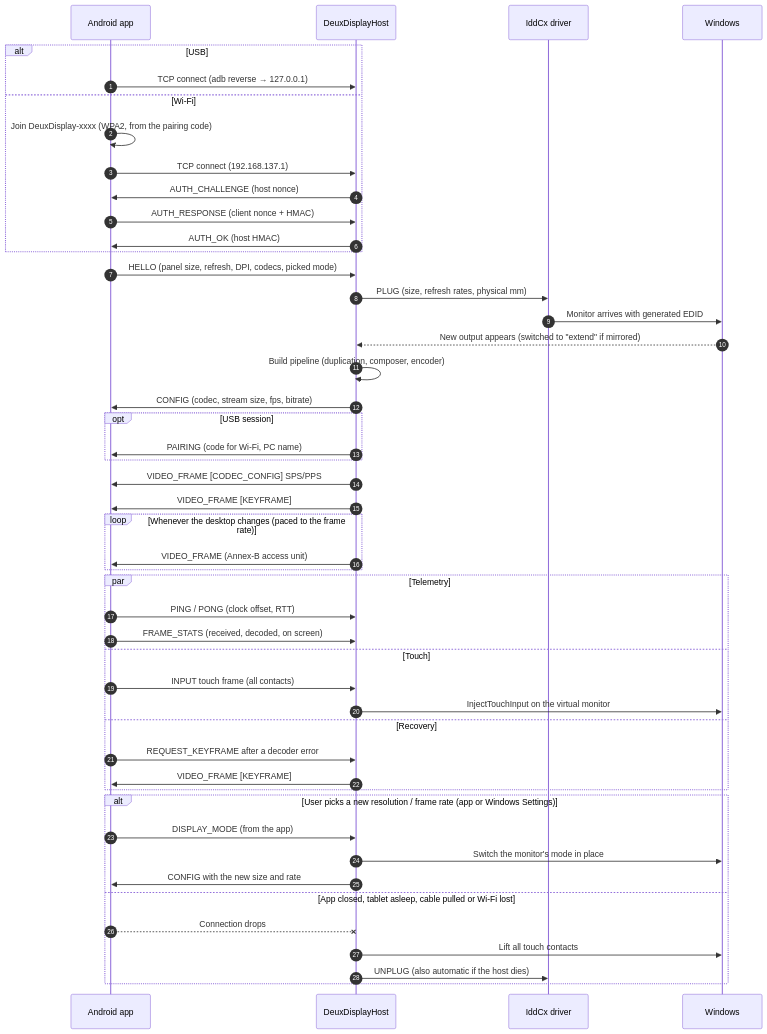
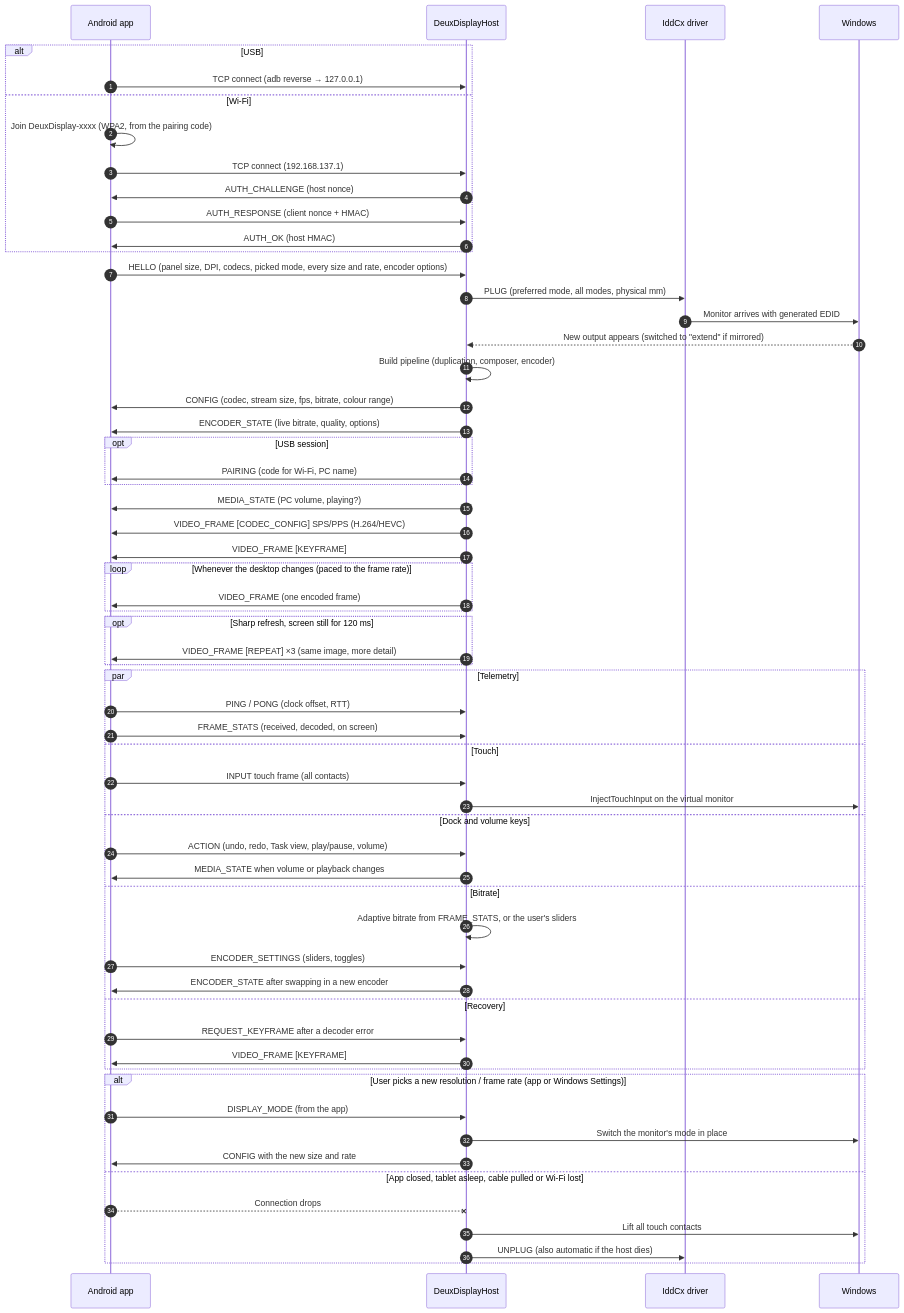
The second of 5 diagrams in README.md (zengarv/DeuxDisplay), drawn with Mermaid before and after one commit. The commit also changed other lines of this file and 3 other files, not shown here.

````diff
--- a/README.md
+++ b/README.md
@@ -81,54 +108,66 @@
 ```mermaid
 sequenceDiagram
     autonumber
     participant T as Android app
     participant H as DeuxDisplayHost
     participant D as IddCx driver
     participant W as Windows
 
     alt USB
         T->>H: TCP connect (adb reverse → 127.0.0.1)
     else Wi-Fi
         T->>T: Join DeuxDisplay-xxxx (WPA2, from the pairing code)
         T->>H: TCP connect (192.168.137.1)
         H->>T: AUTH_CHALLENGE (host nonce)
         T->>H: AUTH_RESPONSE (client nonce + HMAC)
         H->>T: AUTH_OK (host HMAC)
     end
-    T->>H: HELLO (panel size, refresh, DPI, codecs, picked mode)
-    H->>D: PLUG (size, refresh rates, physical mm)
+    T->>H: HELLO (panel size, DPI, codecs, picked mode, every size and rate, encoder options)
+    H->>D: PLUG (preferred mode, all modes, physical mm)
     D->>W: Monitor arrives with generated EDID
     W-->>H: New output appears (switched to "extend" if mirrored)
     H->>H: Build pipeline (duplication, composer, encoder)
-    H->>T: CONFIG (codec, stream size, fps, bitrate)
+    H->>T: CONFIG (codec, stream size, fps, bitrate, colour range)
+    H->>T: ENCODER_STATE (live bitrate, quality, options)
     opt USB session
         H->>T: PAIRING (code for Wi-Fi, PC name)
     end
-    H->>T: VIDEO_FRAME [CODEC_CONFIG] SPS/PPS
+    H->>T: MEDIA_STATE (PC volume, playing?)
+    H->>T: VIDEO_FRAME [CODEC_CONFIG] SPS/PPS (H.264/HEVC)
     H->>T: VIDEO_FRAME [KEYFRAME]
 
     loop Whenever the desktop changes (paced to the frame rate)
-        H->>T: VIDEO_FRAME (Annex-B access unit)
+        H->>T: VIDEO_FRAME (one encoded frame)
+    end
+    opt Sharp refresh, screen still for 120 ms
+        H->>T: VIDEO_FRAME [REPEAT] ×3 (same image, more detail)
     end
 
     par Telemetry
         T->>H: PING / PONG (clock offset, RTT)
         T->>H: FRAME_STATS (received, decoded, on screen)
     and Touch
         T->>H: INPUT touch frame (all contacts)
         H->>W: InjectTouchInput on the virtual monitor
+    and Dock and volume keys
+        T->>H: ACTION (undo, redo, Task view, play/pause, volume)
+        H->>T: MEDIA_STATE when volume or playback changes
+    and Bitrate
+        H->>H: Adaptive bitrate from FRAME_STATS, or the user's sliders
+        T->>H: ENCODER_SETTINGS (sliders, toggles)
+        H->>T: ENCODER_STATE after swapping in a new encoder
     and Recovery
         T->>H: REQUEST_KEYFRAME after a decoder error
         H->>T: VIDEO_FRAME [KEYFRAME]
     end
 
     alt User picks a new resolution / frame rate (app or Windows Settings)
         T->>H: DISPLAY_MODE (from the app)
         H->>W: Switch the monitor's mode in place
         H->>T: CONFIG with the new size and rate
     else App closed, tablet asleep, cable pulled or Wi-Fi lost
         T--xH: Connection drops
         H->>W: Lift all touch contacts
         H->>D: UNPLUG (also automatic if the host dies)
     end
 ```
````
